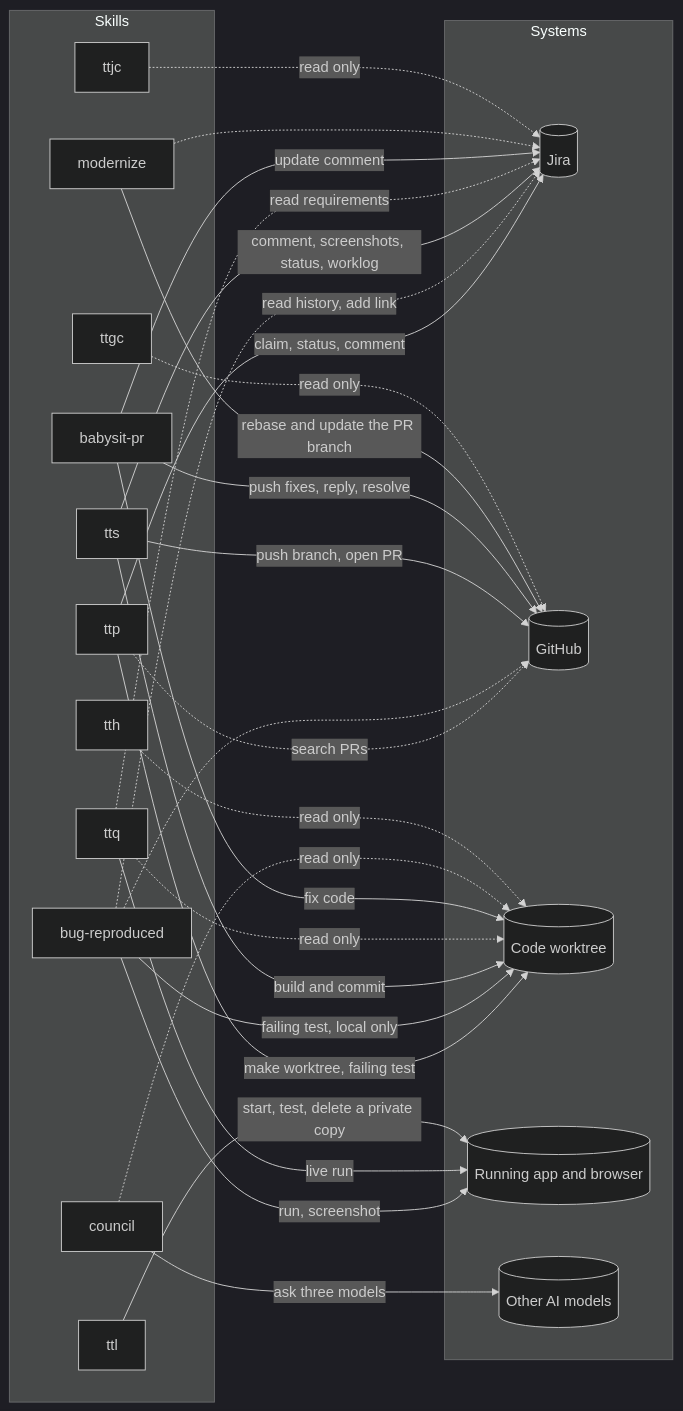
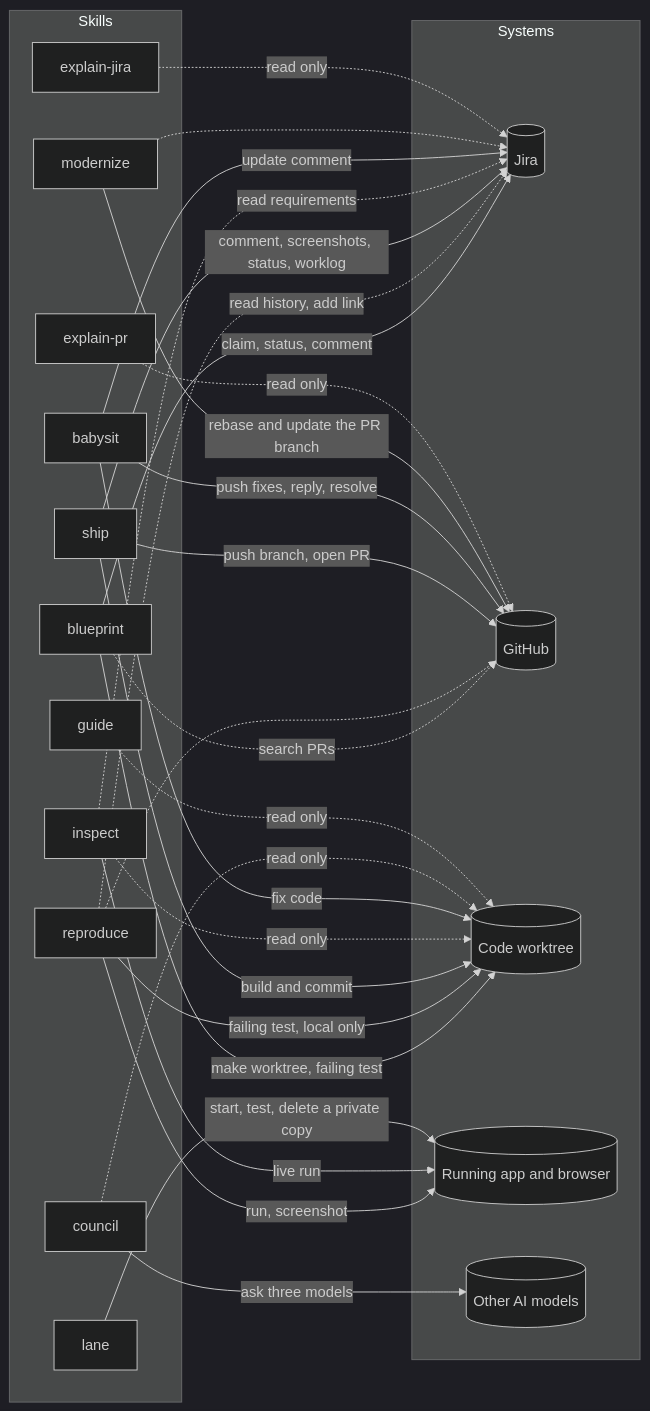
The second of 2 diagrams in README.md (talibilat/tstack), drawn with Mermaid (dark theme) before and after one commit. The commit also changed other lines of this file and 64 other files, not shown here.

````diff
--- a/README.md
+++ b/README.md
@@ -56,47 +56,47 @@
 ```mermaid
 flowchart LR
   subgraph Skills
-    ttp
-    br[bug-reproduced]
-    tts
-    ttq
-    ttl
-    bp[babysit-pr]
+    blueprint
+    br[reproduce]
+    ship
+    inspect
+    lane
+    bp[babysit]
     mod[modernize]
     cou[council]
-    ttjc
-    ttgc
-    tth
+    explain-jira
+    explain-pr
+    guide
   end
   subgraph Systems
     J[(Jira)]
     G[(GitHub)]
     C[(Code worktree)]
     A[(Running app and browser)]
     M[(Other AI models)]
   end
-  ttp -->|claim, status, comment| J
-  ttp -.->|search PRs| G
-  ttp -->|make worktree, failing test| C
+  blueprint -->|claim, status, comment| J
+  blueprint -.->|search PRs| G
+  blueprint -->|make worktree, failing test| C
   br -.->|read history, add link| J
   br -.-> G
   br -->|failing test, local only| C
   br -->|run, screenshot| A
-  tts -->|comment, screenshots, status, worklog| J
-  tts -->|push branch, open PR| G
-  tts -->|build and commit| C
-  ttq -.->|read requirements| J
-  ttq -.->|read only| C
-  ttq -->|live run| A
-  ttl -->|start, test, delete a private copy| A
+  ship -->|comment, screenshots, status, worklog| J
+  ship -->|push branch, open PR| G
+  ship -->|build and commit| C
+  inspect -.->|read requirements| J
+  inspect -.->|read only| C
+  inspect -->|live run| A
+  lane -->|start, test, delete a private copy| A
   bp -->|push fixes, reply, resolve| G
   bp -->|fix code| C
   bp -->|update comment| J
   mod -->|rebase and update the PR branch| G
   mod -.-> J
   cou -.->|read only| C
   cou -->|ask three models| M
-  ttjc -.->|read only| J
-  ttgc -.->|read only| G
-  tth -.->|read only| C
+  explain-jira -.->|read only| J
+  explain-pr -.->|read only| G
+  guide -.->|read only| C
 ```
````
